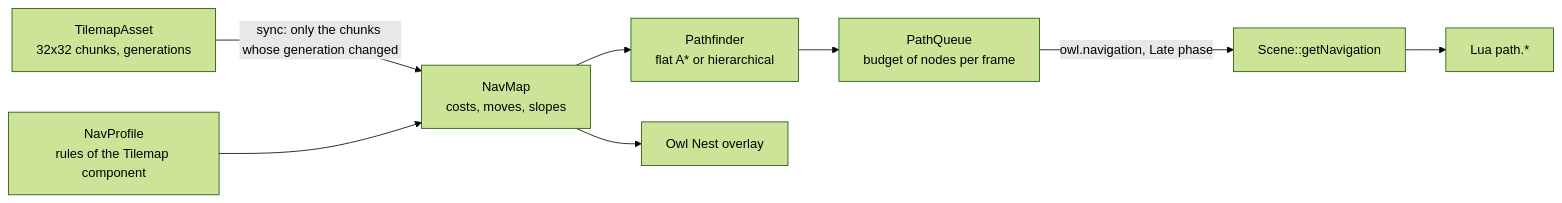
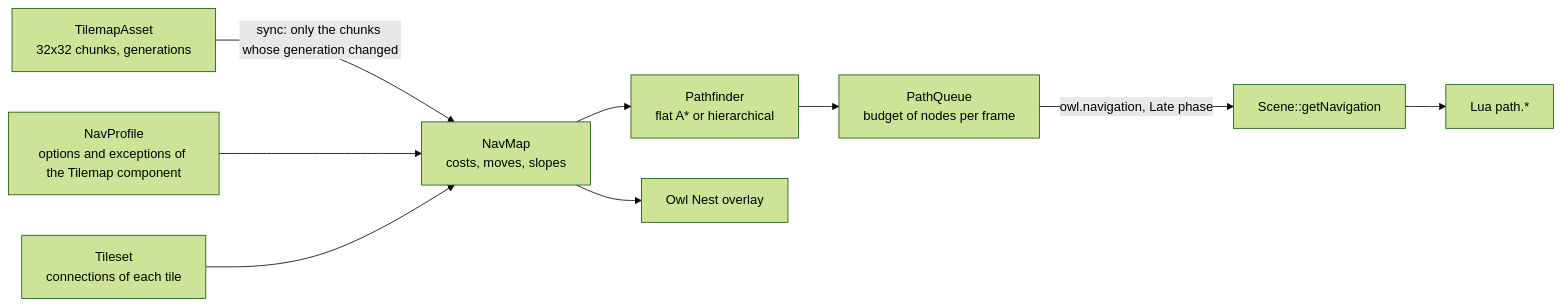
One commit to Silmaen/Owl changed the diagram in doc/pages/pathfinding.md. Above: the diagram before and after it, drawn with Mermaid (forest theme). The commit also changed other lines of this file and 1459 other files, not shown here.

````diff
--- a/doc/pages/pathfinding.md
+++ b/doc/pages/pathfinding.md
@@ -10,10 +10,11 @@
 ```mermaid
 flowchart LR
     T[TilemapAsset<br/>32x32 chunks, generations] -->|sync: only the chunks whose generation changed| M[NavMap<br/>costs, moves, slopes]
-    P[NavProfile<br/>rules of the Tilemap component] --> M
+    P[NavProfile<br/>options and exceptions of the Tilemap component] --> M
+    K[Tileset<br/>connections of each tile] --> M
     M --> F[Pathfinder<br/>flat A* or hierarchical]
     F --> Q[PathQueue<br/>budget of nodes per frame]
     Q -->|owl.navigation, Late phase| S[Scene::getNavigation]
     S --> L[Lua path.*]
     M --> E[Owl Nest overlay]
 ```
````
